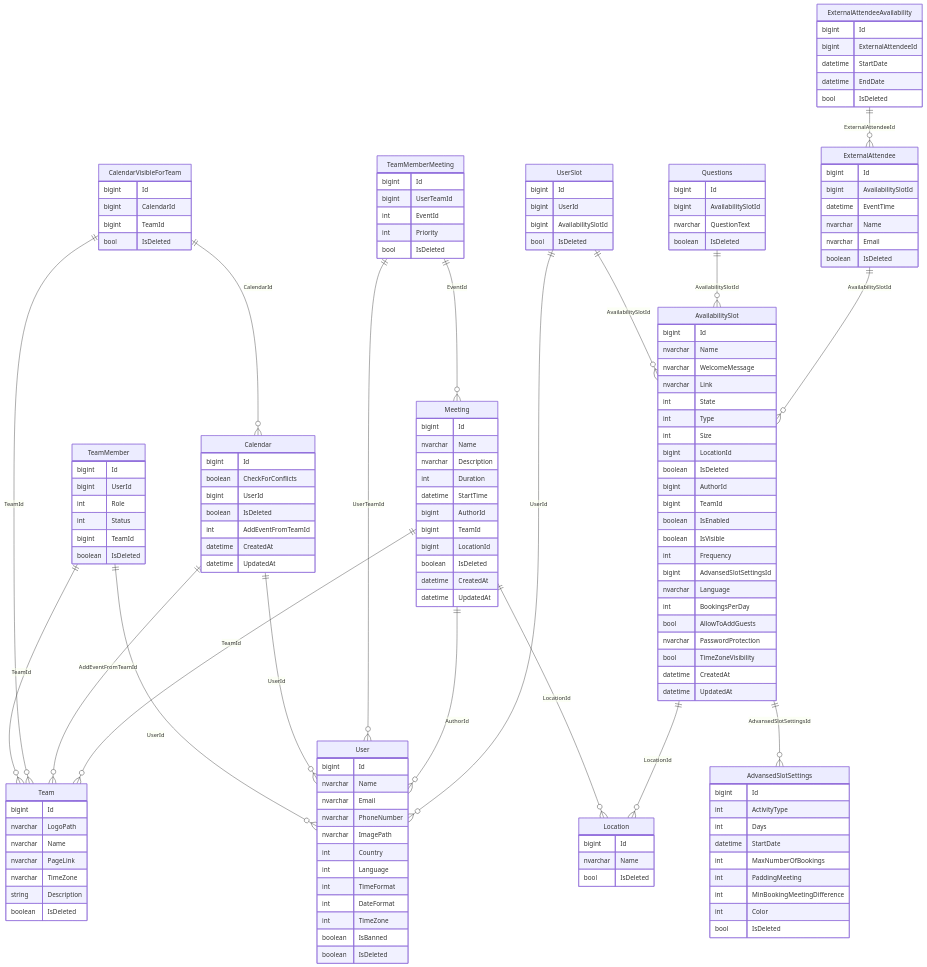
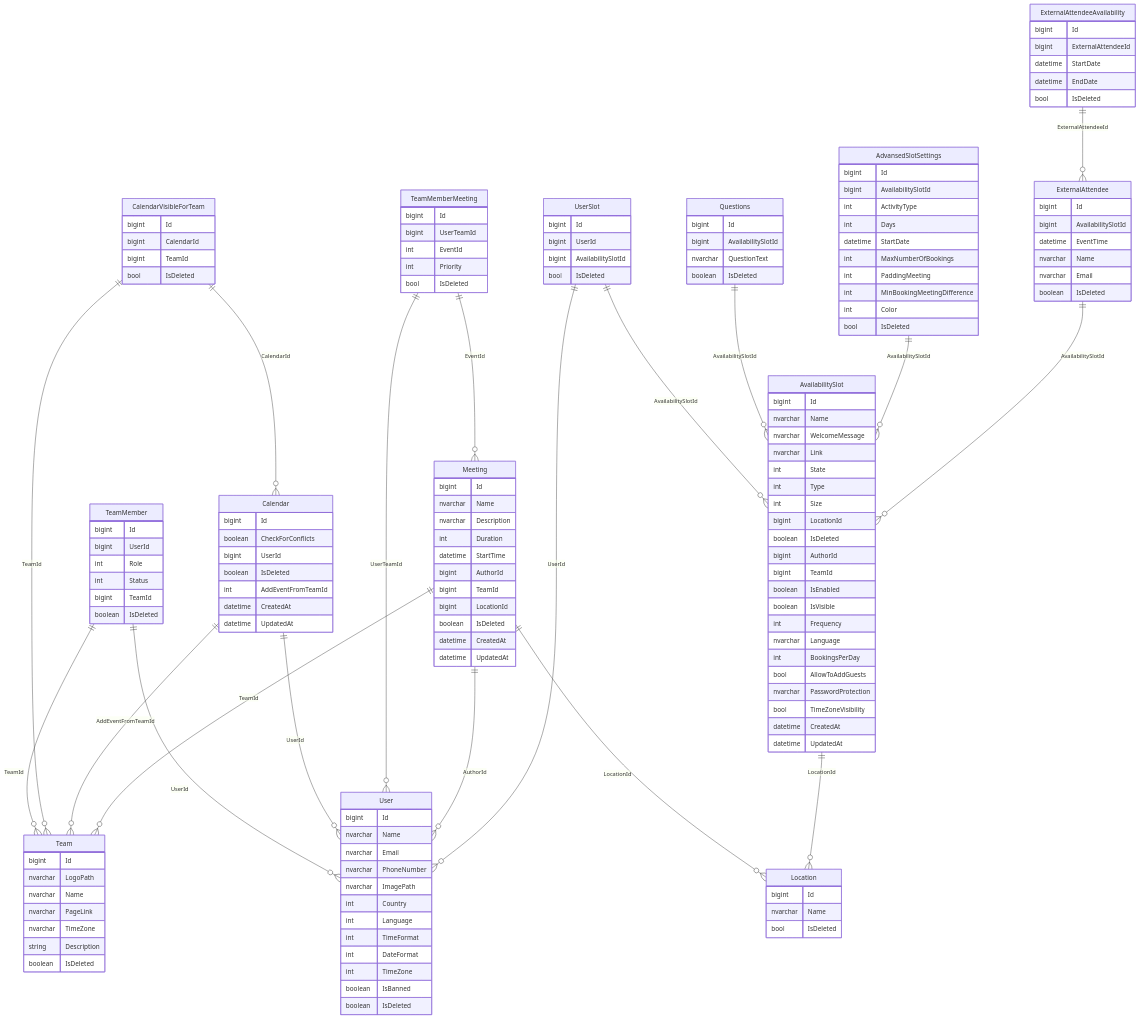
One commit to BinaryStudioAcademy/bsa-2022-easymeets changed the diagram in README.md. Above: the diagram before and after it, drawn with Mermaid.

Commit message:
changed db-chema in README

```diff
--- a/README.md
+++ b/README.md
@@ -138,7 +138,6 @@
   }
 
   AvailabilitySlot ||--o{ Location : LocationId
-  AvailabilitySlot ||--o{ AdvansedSlotSettings : AdvansedSlotSettingsId
   AvailabilitySlot{
     bigint Id
     nvarchar Name
@@ -154,7 +153,6 @@
     boolean IsEnabled
     boolean IsVisible
     int Frequency
-    bigint AdvansedSlotSettingsId
     nvarchar Language
     int BookingsPerDay
     bool AllowToAddGuests
@@ -172,8 +170,10 @@
     boolean IsDeleted
   }
 
+  AdvansedSlotSettings ||--o{ AvailabilitySlot : AvailabilitySlotId
   AdvansedSlotSettings {
     bigint Id
+    bigint AvailabilitySlotId
     int ActivityType
     int Days
     datetime StartDate
```
